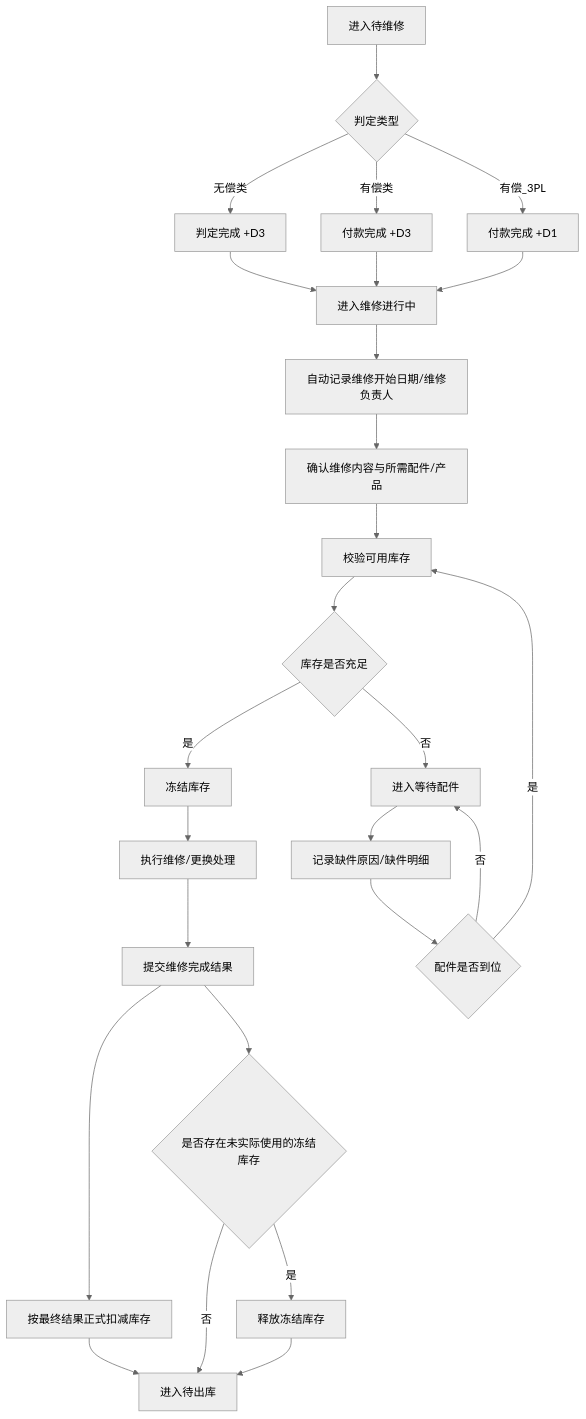
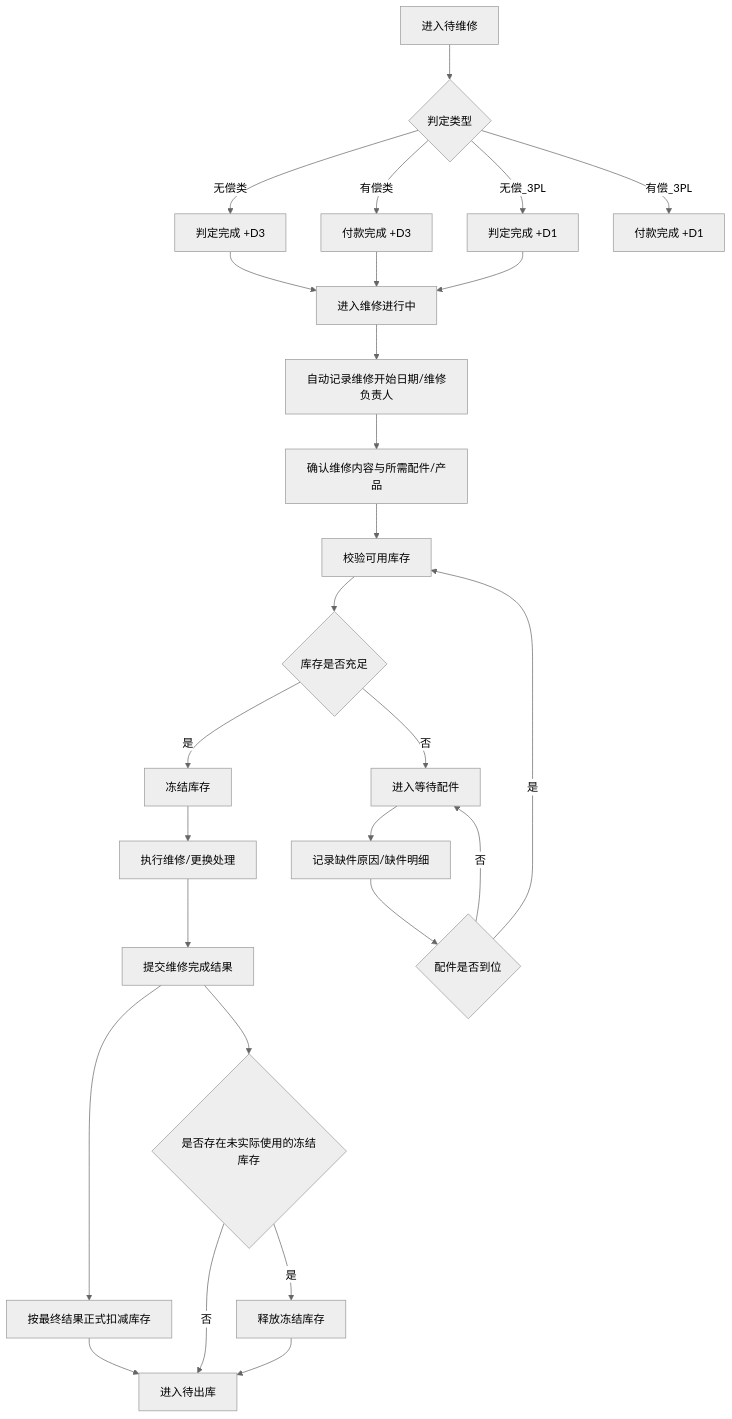
One commit to guguohai/gmps changed the seventh of 33 diagrams in 文档/GM系统需求说明.md. Above: the diagram before and after it, drawn with Mermaid (neutral theme). The commit also changed other lines of this file and 8 other files, not shown here.

````diff
--- a/文档/GM系统需求说明.md
+++ b/文档/GM系统需求说明.md
@@ -384,35 +442,36 @@
 ```mermaid
 flowchart TD
 
 A0[进入待维修] --> A1{判定类型}
 
-A1 -->|无偿类| A2[判定完成 +D3]
-A1 -->|有偿类| A3[付款完成 +D3]
-A1 -->|有偿_3PL| A4[付款完成 +D1]
+A1 -->|无偿类| A2[判定完成 +D3]  
+A1 -->|有偿类| A3[付款完成 +D3]  
+A1 -->|无偿_3PL| A4[判定完成 +D1]  
+A1 -->|有偿_3PL| A5[付款完成 +D1]
 
 A2 --> A[进入维修进行中]
 A3 --> A
 A4 --> A
 
 A --> B[自动记录维修开始日期/维修负责人]
 B --> C[确认维修内容与所需配件/产品]
 C --> D[校验可用库存]
 
 D --> E{库存是否充足}
 E -->|是| F[冻结库存]
 F --> G[执行维修/更换处理]
 G --> H[提交维修完成结果]
 H --> I[按最终结果正式扣减库存]
 I --> J[进入待出库]
 
 E -->|否| K[进入等待配件]
 K --> L[记录缺件原因/缺件明细]
 L --> M{配件是否到位}
 M -->|否| K
 M -->|是| D
 
 H --> N{是否存在未实际使用的冻结库存}
 N -->|是| O[释放冻结库存]
 N -->|否| J
 O --> J
 ```
````
